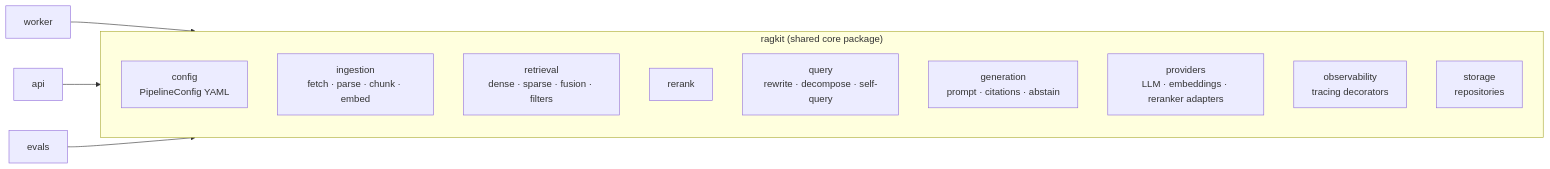
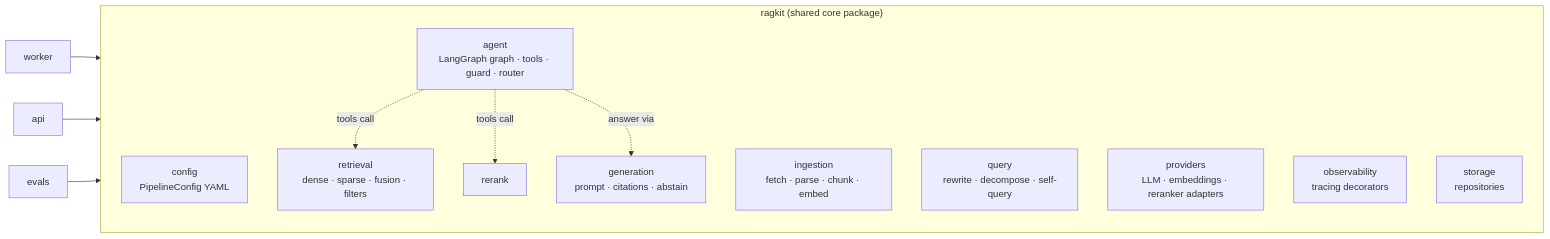
Before and after one commit to pRiMeXoMeGa/AI-Learning-Projects: the third of 9 diagrams in projects/01-rag-eval-lab/docs/02-architecture.md, drawn with Mermaid. The commit also changed other lines of this file and 23 other files, not shown here.

````diff
--- a/projects/01-rag-eval-lab/docs/02-architecture.md
+++ b/projects/01-rag-eval-lab/docs/02-architecture.md
@@ -106,19 +108,23 @@
 ```mermaid
 flowchart LR
     subgraph ragkit["ragkit (shared core package)"]
         direction TB
         CFG[config<br/>PipelineConfig YAML]
         ING[ingestion<br/>fetch · parse · chunk · embed]
         RET[retrieval<br/>dense · sparse · fusion · filters]
         RNK[rerank]
         QRY[query<br/>rewrite · decompose · self-query]
         GEN[generation<br/>prompt · citations · abstain]
+        AGT[agent<br/>LangGraph graph · tools · guard · router]
         PRV[providers<br/>LLM · embeddings · reranker adapters]
         OBS[observability<br/>tracing decorators]
         STO[storage<br/>repositories]
     end
 
+    AGT -. "tools call" .-> RET
+    AGT -. "tools call" .-> RNK
+    AGT -. "answer via" .-> GEN
     API[api] --> ragkit
     WORK[worker] --> ING
     EVAL[evals] --> ragkit
 ```
````
